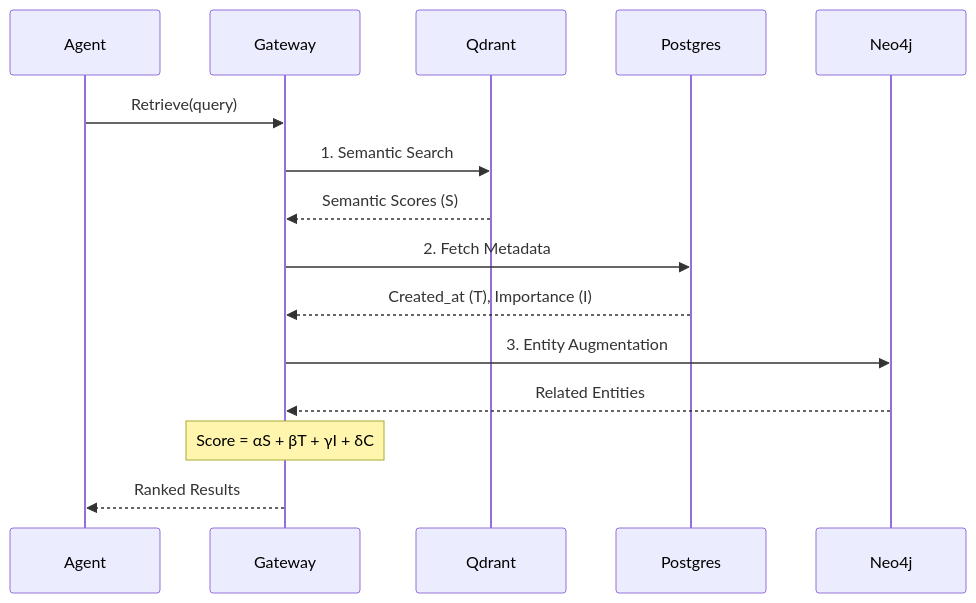
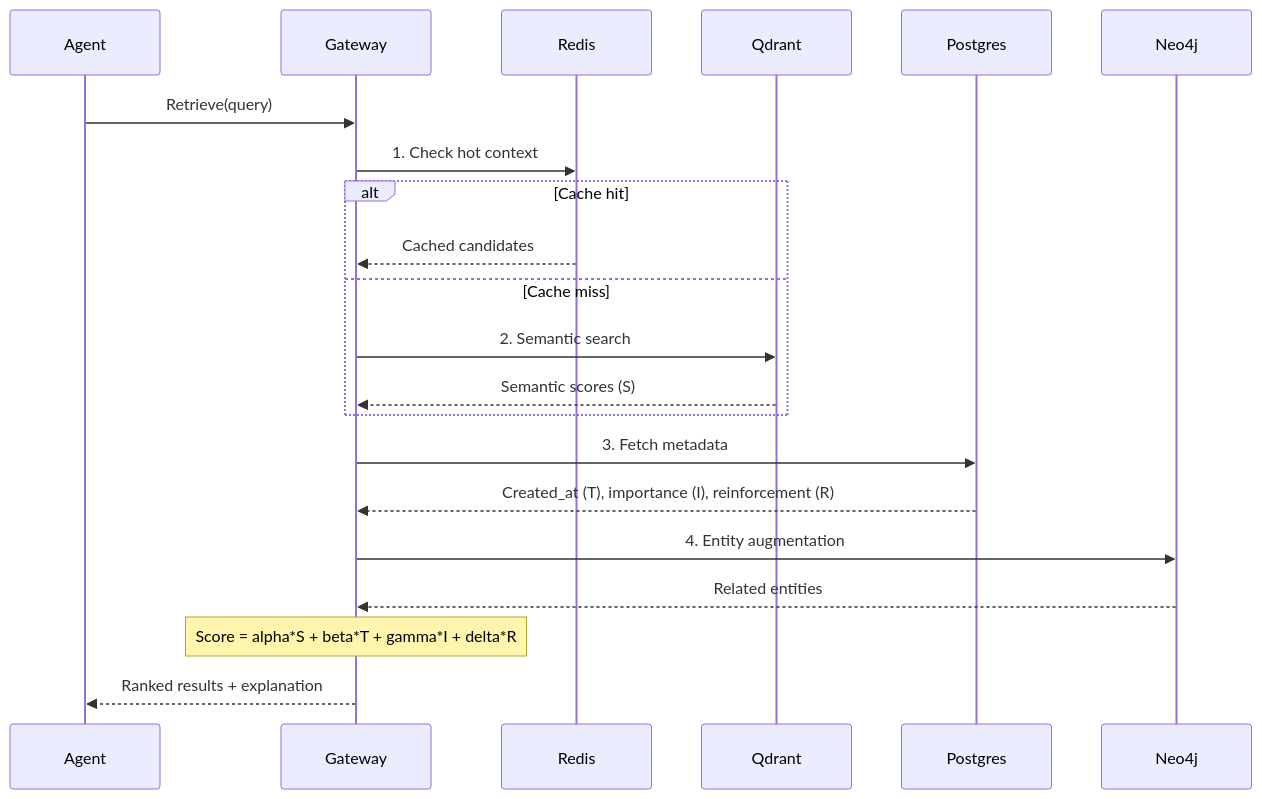
One commit to Mohi1038/distributed-memOS changed the ninth of 12 diagrams in README.md. Above: the diagram before and after it, drawn with Mermaid. The commit also changed other lines of this file, not shown here.

````diff
--- a/README.md
+++ b/README.md
@@ -166,18 +466,24 @@
 ```mermaid
 sequenceDiagram
     participant Agent
     participant Gateway
+    participant Cache as Redis
     participant Vector as Qdrant
     participant Meta as Postgres
     participant Graph as Neo4j
-    
+
     Agent->>Gateway: Retrieve(query)
-    Gateway->>Vector: 1. Semantic Search
-    Vector-->>Gateway: Semantic Scores (S)
-    Gateway->>Meta: 2. Fetch Metadata
-    Meta-->>Gateway: Created_at (T), Importance (I)
-    Gateway->>Graph: 3. Entity Augmentation
-    Graph-->>Gateway: Related Entities
-    Note over Gateway: Score = αS + βT + γI + δC
-    Gateway-->>Agent: Ranked Results
+    Gateway->>Cache: 1. Check hot context
+    alt Cache hit
+        Cache-->>Gateway: Cached candidates
+    else Cache miss
+        Gateway->>Vector: 2. Semantic search
+        Vector-->>Gateway: Semantic scores (S)
+    end
+    Gateway->>Meta: 3. Fetch metadata
+    Meta-->>Gateway: Created_at (T), importance (I), reinforcement (R)
+    Gateway->>Graph: 4. Entity augmentation
+    Graph-->>Gateway: Related entities
+    Note over Gateway: Score = alpha*S + beta*T + gamma*I + delta*R
+    Gateway-->>Agent: Ranked results + explanation
 ```
````
